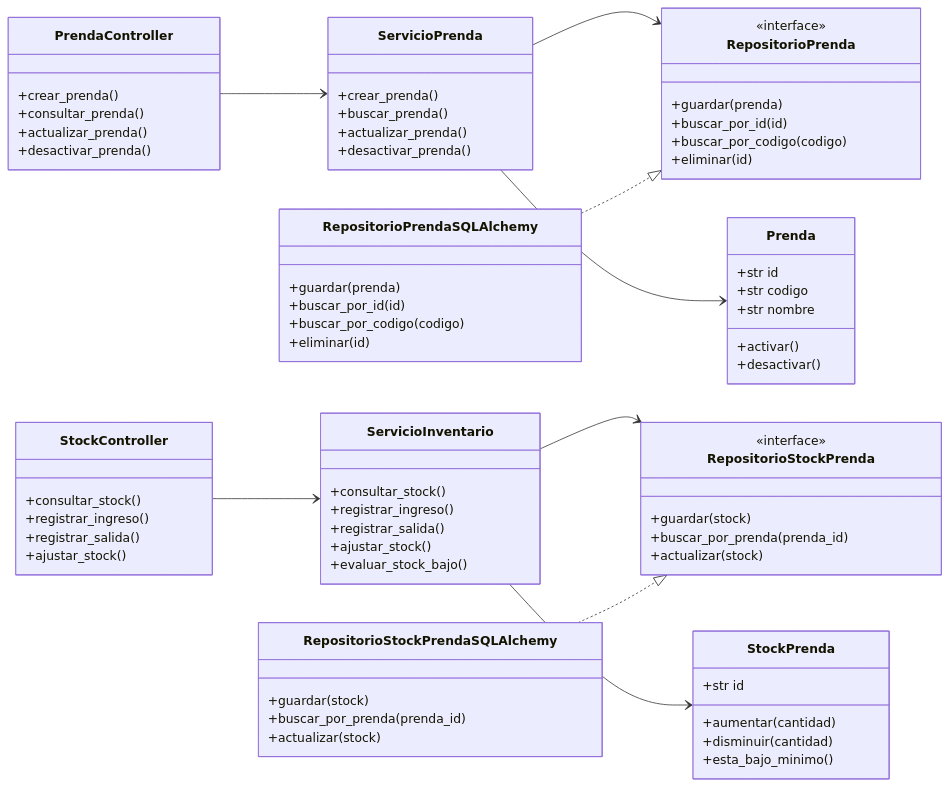
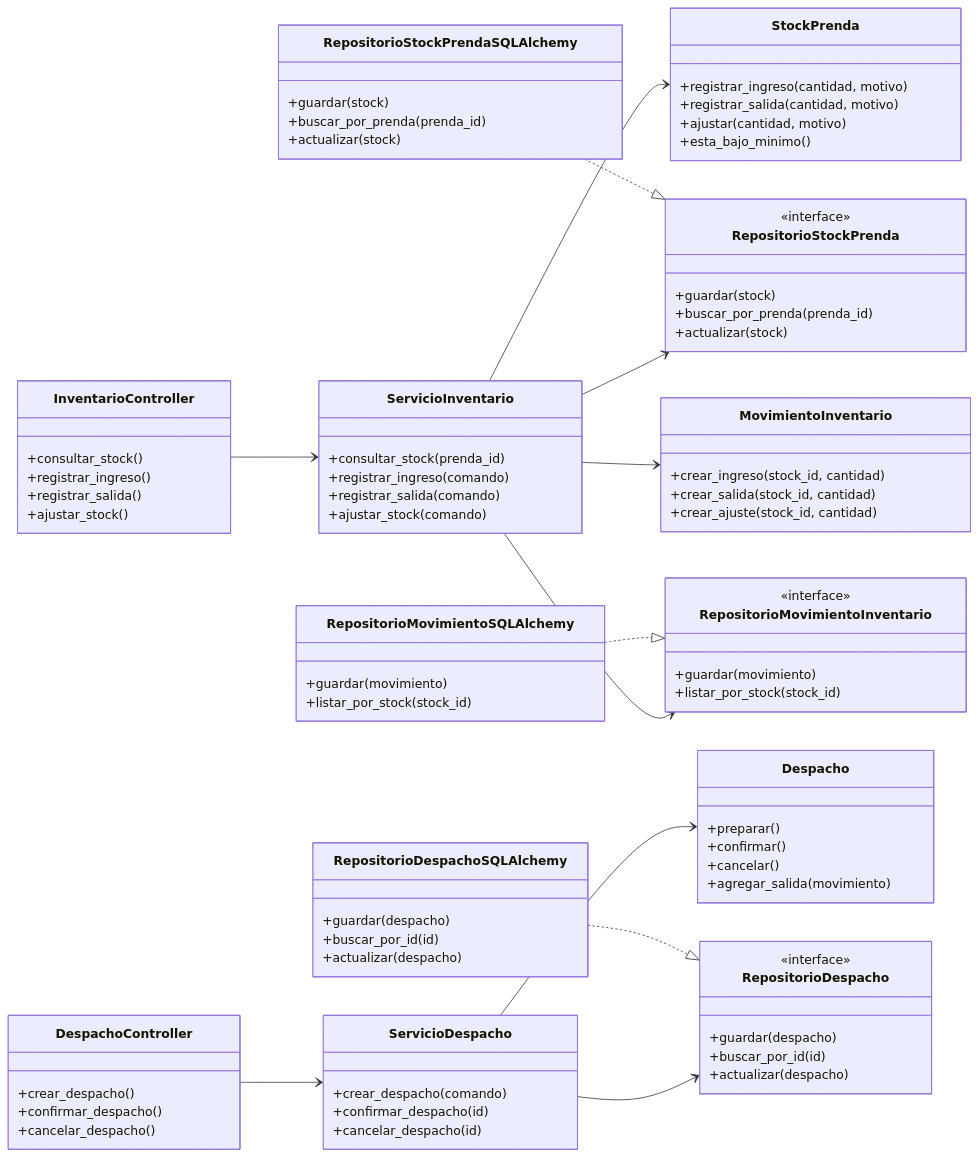
The eighth of 9 diagrams in README.md (javierRock/SoftwareTextil), drawn with Mermaid before and after one commit. The commit also changed other lines of this file and 5 other files, not shown here.

Commit message:
docs: mejorar README y diagramas DDD

````diff
--- a/README.md
+++ b/README.md
@@ -367,41 +541,30 @@
 classDiagram
     direction LR
 
-    class PrendaController {
-        +crear_prenda()
-        +consultar_prenda()
-        +actualizar_prenda()
-        +desactivar_prenda()
-    }
-
-    class StockController {
+    class InventarioController {
         +consultar_stock()
         +registrar_ingreso()
         +registrar_salida()
         +ajustar_stock()
     }
 
-    class ServicioPrenda {
-        +crear_prenda()
-        +buscar_prenda()
-        +actualizar_prenda()
-        +desactivar_prenda()
+    class DespachoController {
+        +crear_despacho()
+        +confirmar_despacho()
+        +cancelar_despacho()
     }
 
     class ServicioInventario {
-        +consultar_stock()
-        +registrar_ingreso()
-        +registrar_salida()
-        +ajustar_stock()
-        +evaluar_stock_bajo()
+        +consultar_stock(prenda_id)
+        +registrar_ingreso(comando)
+        +registrar_salida(comando)
+        +ajustar_stock(comando)
     }
 
-    class RepositorioPrenda {
-        <<interface>>
-        +guardar(prenda)
-        +buscar_por_id(id)
-        +buscar_por_codigo(codigo)
-        +eliminar(id)
+    class ServicioDespacho {
+        +crear_despacho(comando)
+        +confirmar_despacho(id)
+        +cancelar_despacho(id)
     }
 
     class RepositorioStockPrenda {
@@ -411,26 +574,37 @@
         +actualizar(stock)
     }
 
-    class Prenda {
-        +str id
-        +str codigo
-        +str nombre
-        +activar()
-        +desactivar()
+    class RepositorioMovimientoInventario {
+        <<interface>>
+        +guardar(movimiento)
+        +listar_por_stock(stock_id)
+    }
+
+    class RepositorioDespacho {
+        <<interface>>
+        +guardar(despacho)
+        +buscar_por_id(id)
+        +actualizar(despacho)
     }
 
     class StockPrenda {
-        +str id
-        +aumentar(cantidad)
-        +disminuir(cantidad)
+        +registrar_ingreso(cantidad, motivo)
+        +registrar_salida(cantidad, motivo)
+        +ajustar(cantidad, motivo)
         +esta_bajo_minimo()
     }
 
-    class RepositorioPrendaSQLAlchemy {
-        +guardar(prenda)
-        +buscar_por_id(id)
-        +buscar_por_codigo(codigo)
-        +eliminar(id)
+    class MovimientoInventario {
+        +crear_ingreso(stock_id, cantidad)
+        +crear_salida(stock_id, cantidad)
+        +crear_ajuste(stock_id, cantidad)
+    }
+
+    class Despacho {
+        +preparar()
+        +confirmar()
+        +cancelar()
+        +agregar_salida(movimiento)
     }
 
     class RepositorioStockPrendaSQLAlchemy {
@@ -439,12 +613,26 @@
         +actualizar(stock)
     }
 
-    PrendaController --> ServicioPrenda
-    StockController --> ServicioInventario
-    ServicioPrenda --> RepositorioPrenda
-    ServicioPrenda --> Prenda
+    class RepositorioMovimientoSQLAlchemy {
+        +guardar(movimiento)
+        +listar_por_stock(stock_id)
+    }
+
+    class RepositorioDespachoSQLAlchemy {
+        +guardar(despacho)
+        +buscar_por_id(id)
+        +actualizar(despacho)
+    }
+
+    InventarioController --> ServicioInventario
+    DespachoController --> ServicioDespacho
     ServicioInventario --> RepositorioStockPrenda
+    ServicioInventario --> RepositorioMovimientoInventario
     ServicioInventario --> StockPrenda
-    RepositorioPrendaSQLAlchemy ..|> RepositorioPrenda
+    ServicioInventario --> MovimientoInventario
+    ServicioDespacho --> RepositorioDespacho
+    ServicioDespacho --> Despacho
     RepositorioStockPrendaSQLAlchemy ..|> RepositorioStockPrenda
+    RepositorioMovimientoSQLAlchemy ..|> RepositorioMovimientoInventario
+    RepositorioDespachoSQLAlchemy ..|> RepositorioDespacho
 ```
````
